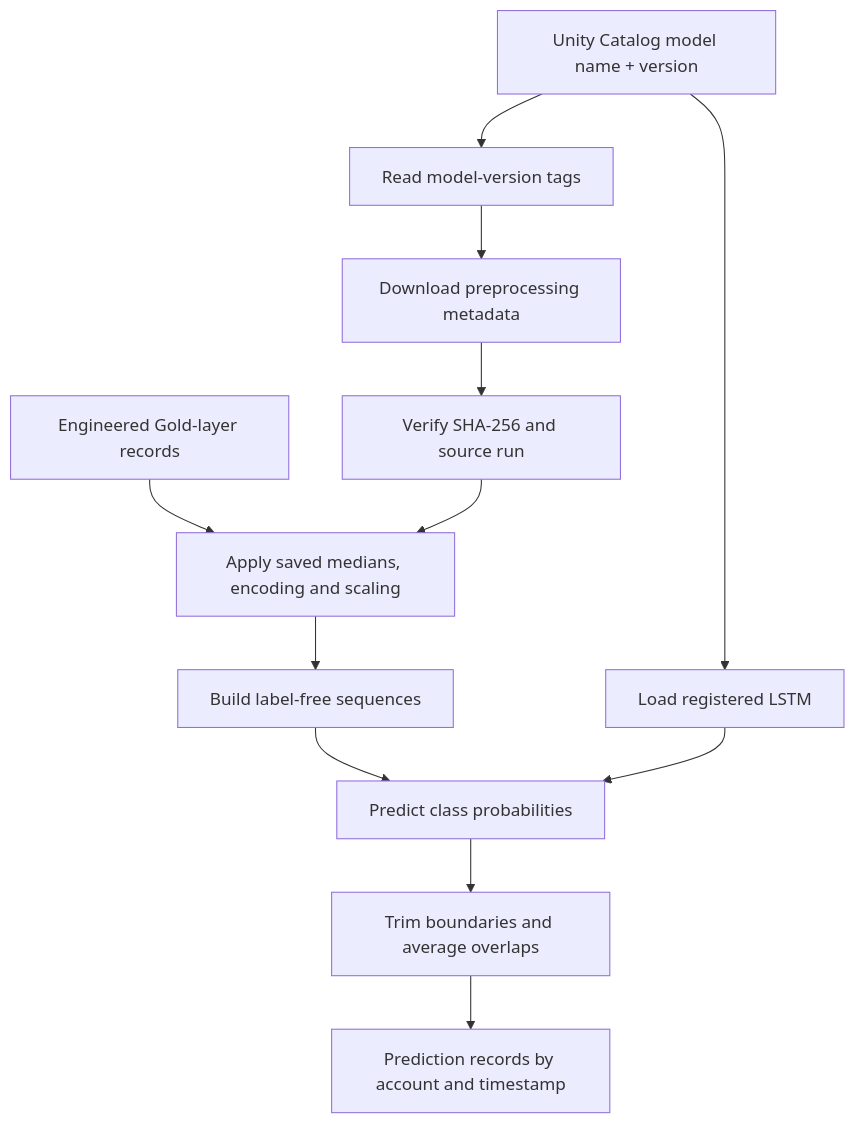
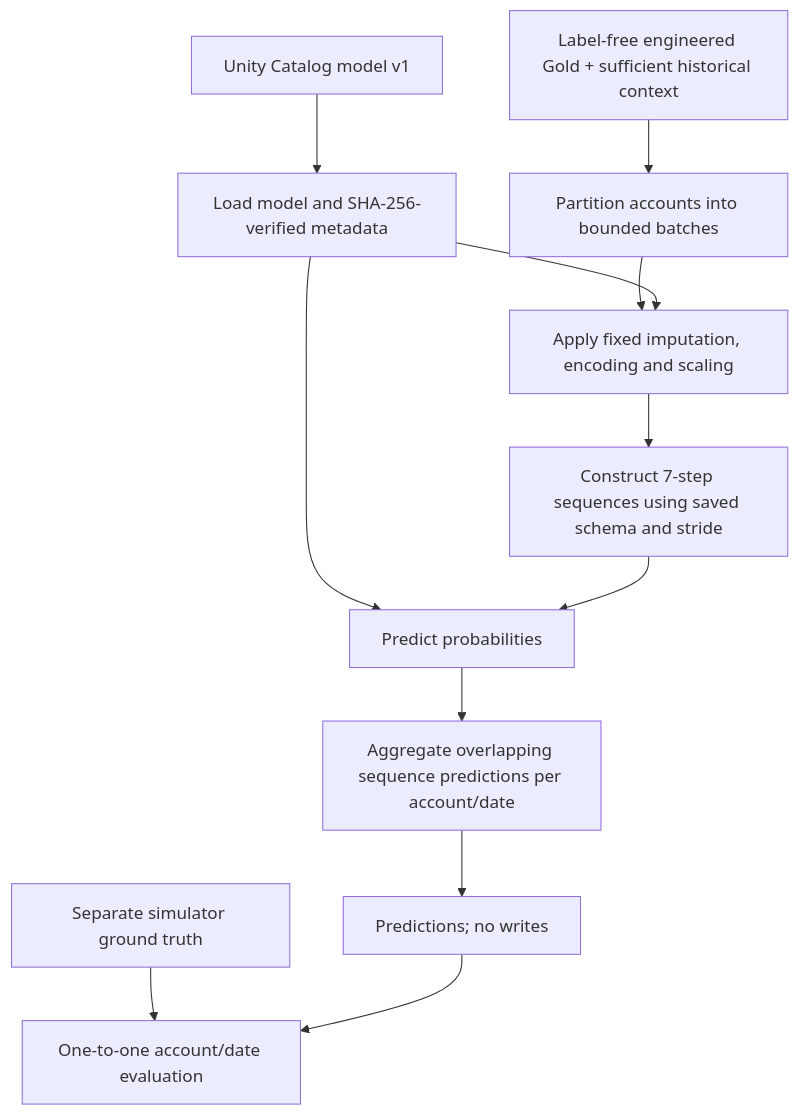
Before and after one commit to taymaz-gh/finance-timeseries-ml-platform: the first of 2 diagrams in docs/model_inference_pipeline.md, drawn with Mermaid. The commit also changed other lines of this file and 16 other files, not shown here.

````diff
--- a/docs/model_inference_pipeline.md
+++ b/docs/model_inference_pipeline.md
@@ -9,14 +11,14 @@
 ```mermaid
 flowchart TD
-    A[Unity Catalog model name + version] --> B[Read model-version tags]
-    B --> C[Download preprocessing metadata]
-    C --> D[Verify SHA-256 and source run]
-    A --> E[Load registered LSTM]
-    G[Engineered Gold-layer records] --> F[Apply saved medians, encoding and scaling]
-    D --> F
-    F --> H[Build label-free sequences]
-    H --> I[Predict class probabilities]
-    E --> I
-    I --> J[Trim boundaries and average overlaps]
-    J --> K[Prediction records by account and timestamp]
+    UC["Unity Catalog model v1"] --> M["Load model and SHA-256-verified metadata"]
+    G["Label-free engineered Gold + sufficient historical context"] --> B["Partition accounts into bounded batches"]
+    B --> X["Apply fixed imputation, encoding and scaling"]
+    M --> X
+    X --> W["Construct 7-step sequences using saved schema and stride"]
+    M --> P["Predict probabilities"]
+    W --> P
+    P --> A["Aggregate overlapping sequence predictions per account/date"]
+    A --> O["Predictions; no writes"]
+    T["Separate simulator ground truth"] --> E["One-to-one account/date evaluation"]
+    O --> E
 ```
````
